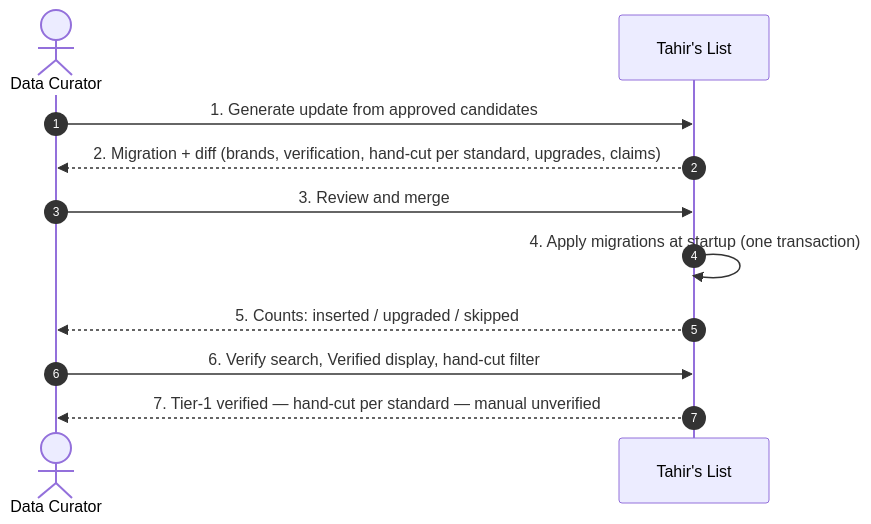
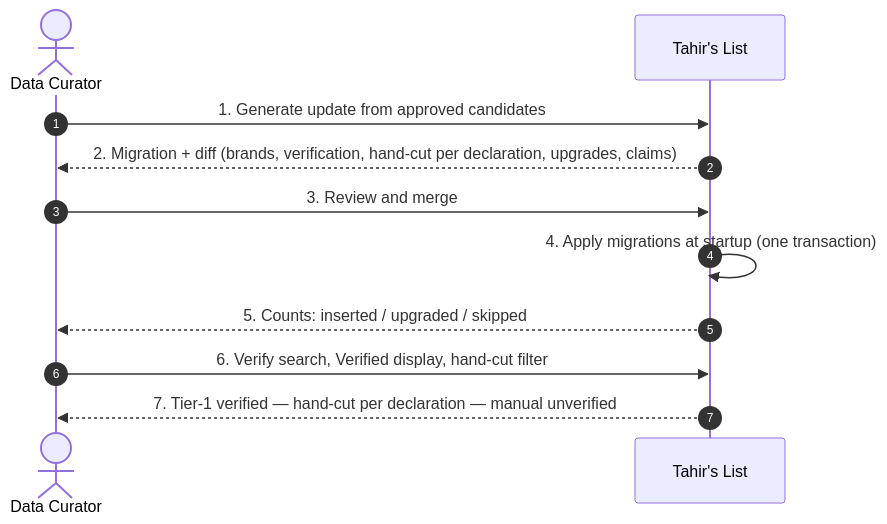
The first of 7 diagrams in docs/features/SC-211/04-blackbox/UC-03-load-reviewed-batch.md (Losers-Lab/tahirs-list), drawn with Mermaid before and after one commit. The commit also changed other lines of this file and 16 other files, not shown here.

````diff
--- a/docs/features/SC-211/04-blackbox/UC-03-load-reviewed-batch.md
+++ b/docs/features/SC-211/04-blackbox/UC-03-load-reviewed-batch.md
@@ -6,13 +6,13 @@
 ```mermaid
 sequenceDiagram
   autonumber
   actor DC as Data Curator
   participant TL as Tahir's List
   DC->>TL: 1. Generate update from approved candidates
-  TL-->>DC: 2. Migration + diff (brands, verification, hand-cut per standard, upgrades, claims)
+  TL-->>DC: 2. Migration + diff (brands, verification, hand-cut per declaration, upgrades, claims)
   DC->>TL: 3. Review and merge
   TL->>TL: 4. Apply migrations at startup (one transaction)
   TL-->>DC: 5. Counts: inserted / upgraded / skipped
   DC->>TL: 6. Verify search, Verified display, hand-cut filter
-  TL-->>DC: 7. Tier-1 verified — hand-cut per standard — manual unverified
+  TL-->>DC: 7. Tier-1 verified — hand-cut per declaration — manual unverified
 ```
````
